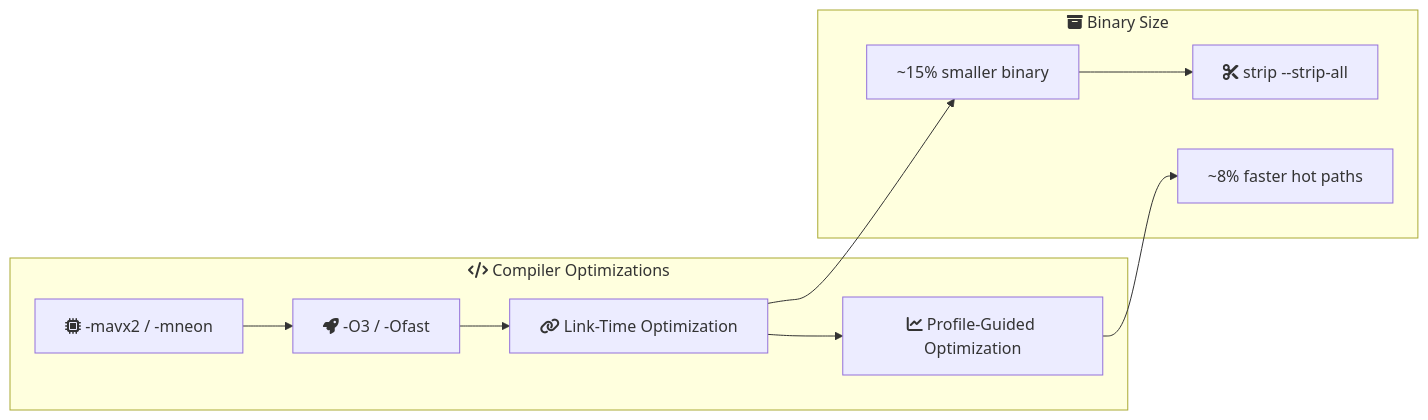
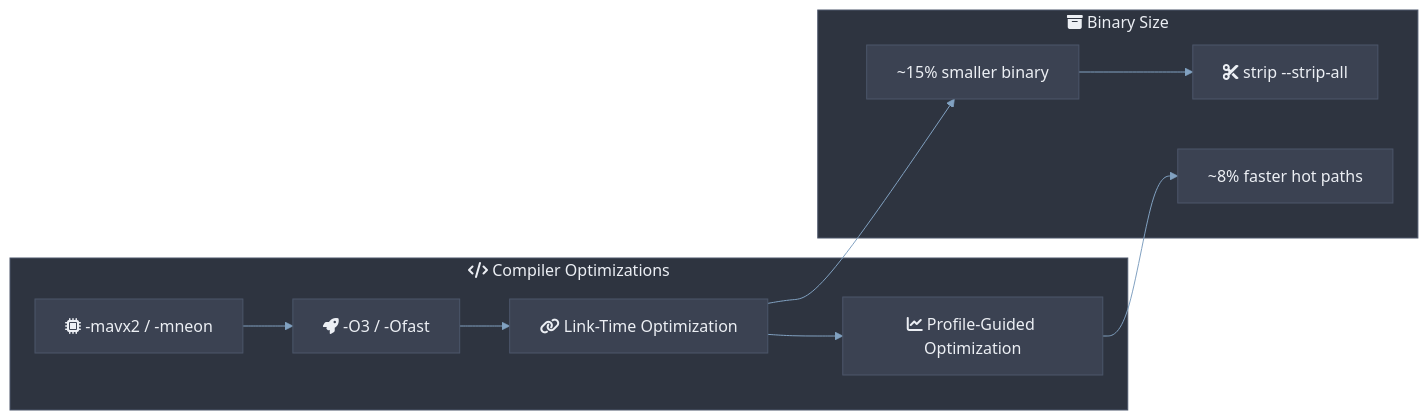
The first of 2 diagrams in docs/performance-tuning.md (quintin-lee/csilk), drawn with Mermaid before and after one commit. The commit also changed other lines of this file and 3 other files, not shown here.

Commit message:
docs(docs): 📝 add Nord Mermaid diagrams and fix performance-tuning corruption

````diff
--- a/docs/performance-tuning.md
+++ b/docs/performance-tuning.md
@@ -13,43 +13,43 @@
 ```mermaid
 %%{init: {
   'theme': 'base',
   'themeVariables': {
     'background': '#2E3440',
     'primaryColor': '#81A1C1',
     'primaryBorderColor': '#4C566A',
     'primaryTextColor': '#ECEFF4',
     'secondaryColor': '#3B4252',
     'secondaryBorderColor': '#434C5E',
     'secondaryTextColor': '#D8DEE9',
     'lineColor': '#81A1C1',
     'textColor': '#ECEFF4',
     'mainBkg': '#3B4252',
     'nodeBorder': '#4C566A',
     'clusterBkg': '#2E3440',
     'clusterBorder': '#4C566A',
     'titleColor': '#ECEFF4',
     'edgeLabelBackground': '#3B4252',
     'nodeTextColor': '#ECEFF4'
   },
-  'flowchart': {'htmlLabels': true, 'curveSTATS·'curve': 'basis'}
+  'flowchart': {'htmlLabels': true, 'curve': 'basis'}
 }}%%
 flowchart LR
     subgraph compiler["fa:fa-code Compiler Optimizations"]
         O3["fa:fa-rocket -O3 / -Ofast"]
         LTO["fa:fa-link Link-Time Optimization"]
         PGO["fa:fa-chart-line Profile-Guided Optimization"]
         SIMD["fa:fa-microchip -mavx2 / -mneon"]
     end
 
     subgraph binary["fa:fa-archive Binary Size"]
         STRIP["fa:fa-cut strip --strip-all"]
         LTO_BENEFIT["~15% smaller binary"]
         PGO_BENEFIT["~8% faster hot paths"]
     end
 
     O3 --> LTO --> PGO
     SIMD --> O3
     LTO --> LTO_BENEFIT
     PGO --> PGO_BENEFIT
     LTO_BENEFIT --> STRIP
 ```
````
